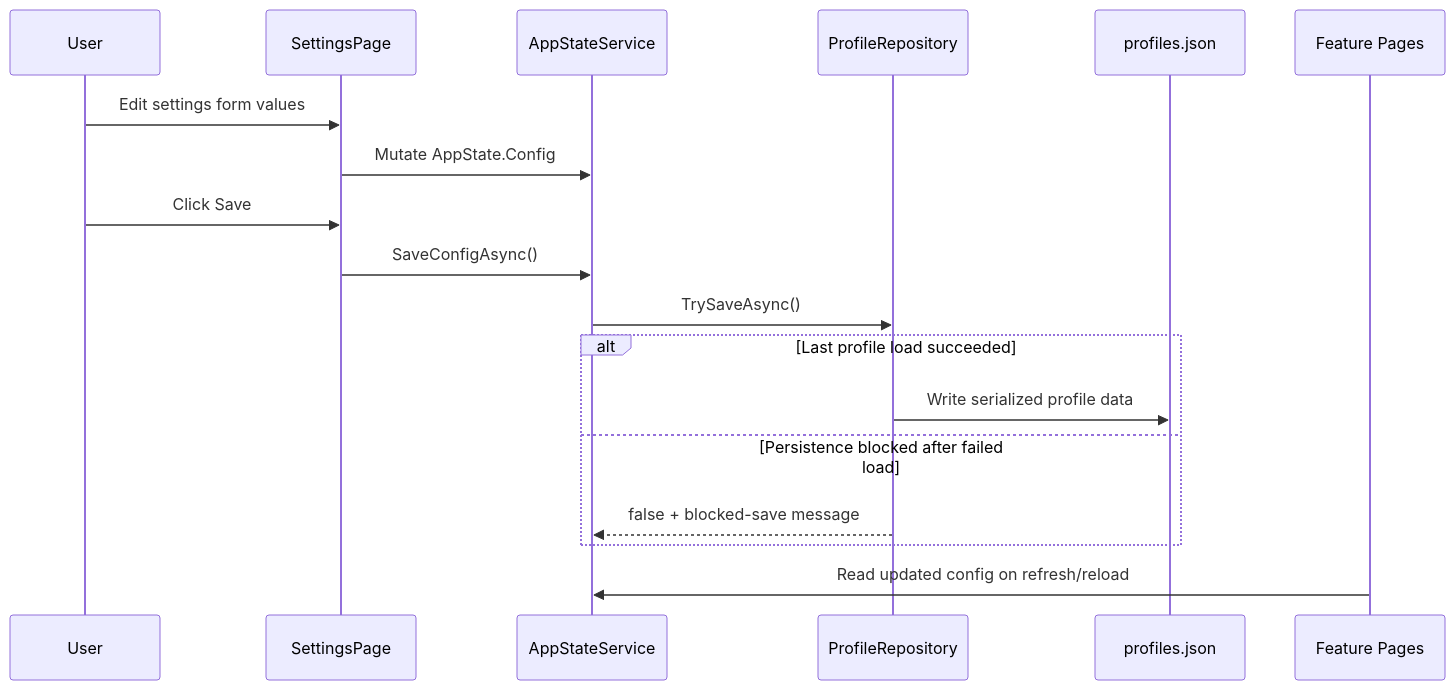
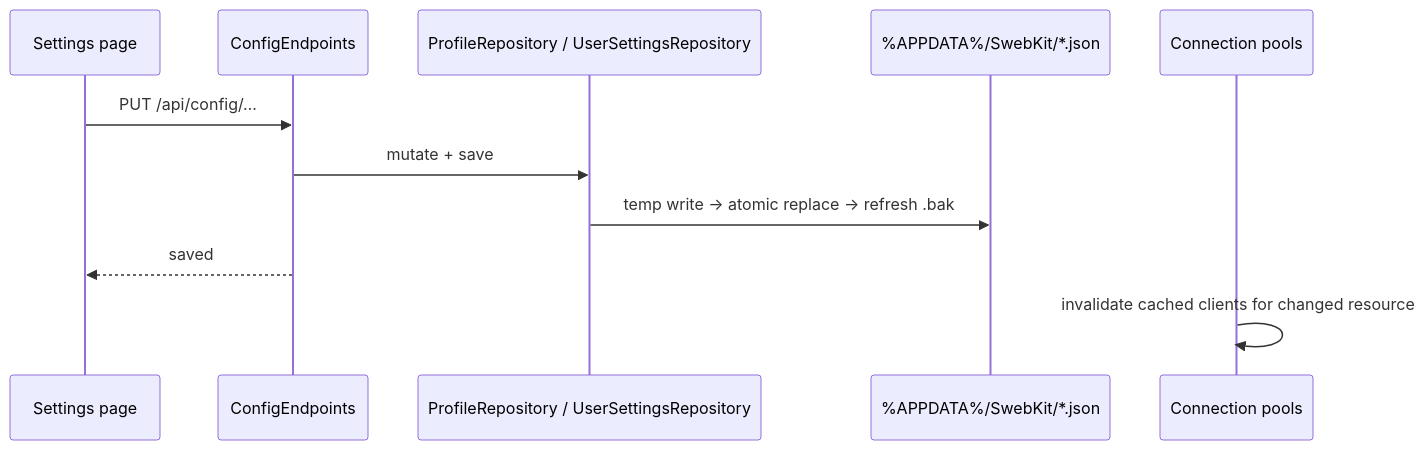
The fifth of 5 diagrams in docs/architecture/design.md (SWojtyla/SwebKit), drawn with Mermaid before and after one commit. The commit also changed other lines of this file and 964 other files, not shown here.

````diff
--- a/docs/architecture/design.md
+++ b/docs/architecture/design.md
@@ -360,21 +187,14 @@
 ```mermaid
 sequenceDiagram
-    participant User
-    participant Settings as SettingsPage
-    participant AppState as AppStateService
-    participant Profiles as ProfileRepository
-    participant Json as profiles.json
-    participant Pages as Feature Pages
+    participant UI as Settings page
+    participant Ep as ConfigEndpoints
+    participant Repo as ProfileRepository / UserSettingsRepository
+    participant File as %APPDATA%/SwebKit/*.json
+    participant Pools as Connection pools
 
-    User->>Settings: Edit settings form values
-    Settings->>AppState: Mutate AppState.Config
-    User->>Settings: Click Save
-    Settings->>AppState: SaveConfigAsync()
-    AppState->>Profiles: TrySaveAsync()
-    alt Last profile load succeeded
-        Profiles->>Json: Write serialized profile data
-    else Persistence blocked after failed load
-        Profiles-->>AppState: false + blocked-save message
-    end
-    Pages->>AppState: Read updated config on refresh/reload
+    UI->>Ep: PUT /api/config/…
+    Ep->>Repo: mutate + save
+    Repo->>File: temp write → atomic replace → refresh .bak
+    Ep-->>UI: saved
+    Pools->>Pools: invalidate cached clients for changed resource
 ```
````
